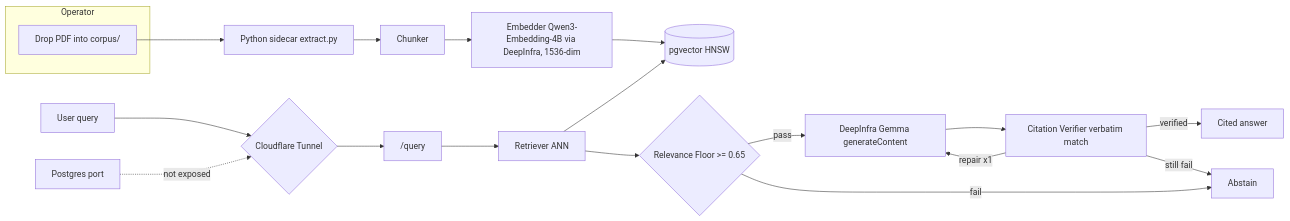
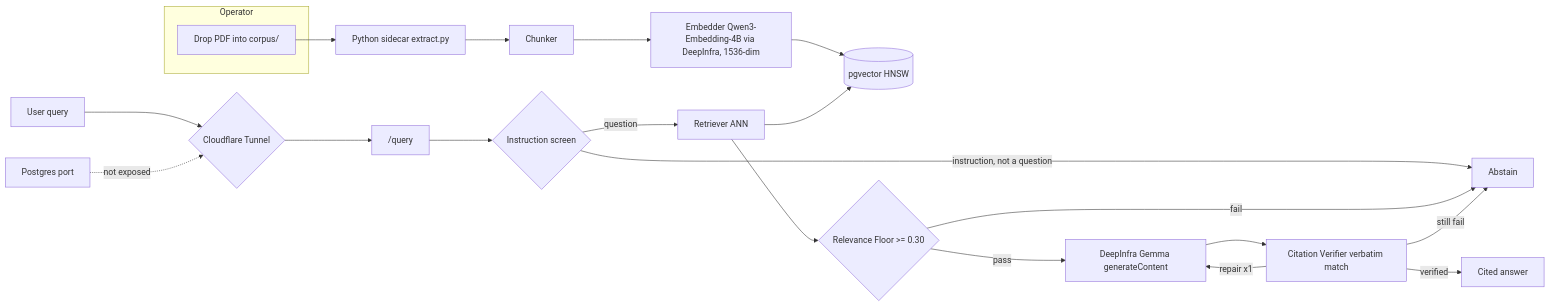
One commit to jakemorganlabs/document_intelligence_rag changed the diagram in README.md. Above: the diagram before and after it, drawn with Mermaid. The commit also changed other lines of this file and 13 other files, not shown here.

````diff
--- a/README.md
+++ b/README.md
@@ -65,22 +66,24 @@
 ```mermaid
 graph LR
     subgraph Operator
         A[Drop PDF into corpus/]
     end
     A --> B[Python sidecar extract.py]
     B --> C[Chunker]
     C --> D[Embedder Qwen3-Embedding-4B via DeepInfra, 1536-dim]
     D --> E[(pgvector HNSW)]
     P[User query] --> F{Cloudflare Tunnel}
     F --> G["/query"]
-    G --> H[Retriever ANN]
+    G --> S{Instruction screen}
+    S -->|instruction, not a question| K
+    S -->|question| H[Retriever ANN]
     H --> E
-    H --> I{Relevance Floor >= 0.65}
+    H --> I{Relevance Floor >= 0.30}
     I -->|pass| J[DeepInfra Gemma generateContent]
     I -->|fail| K[Abstain]
     J --> L[Citation Verifier verbatim match]
     L -->|verified| M[Cited answer]
     L -->|repair x1| J
     L -->|still fail| K
     O[Postgres port] -.not exposed.-> F
 ```
````
